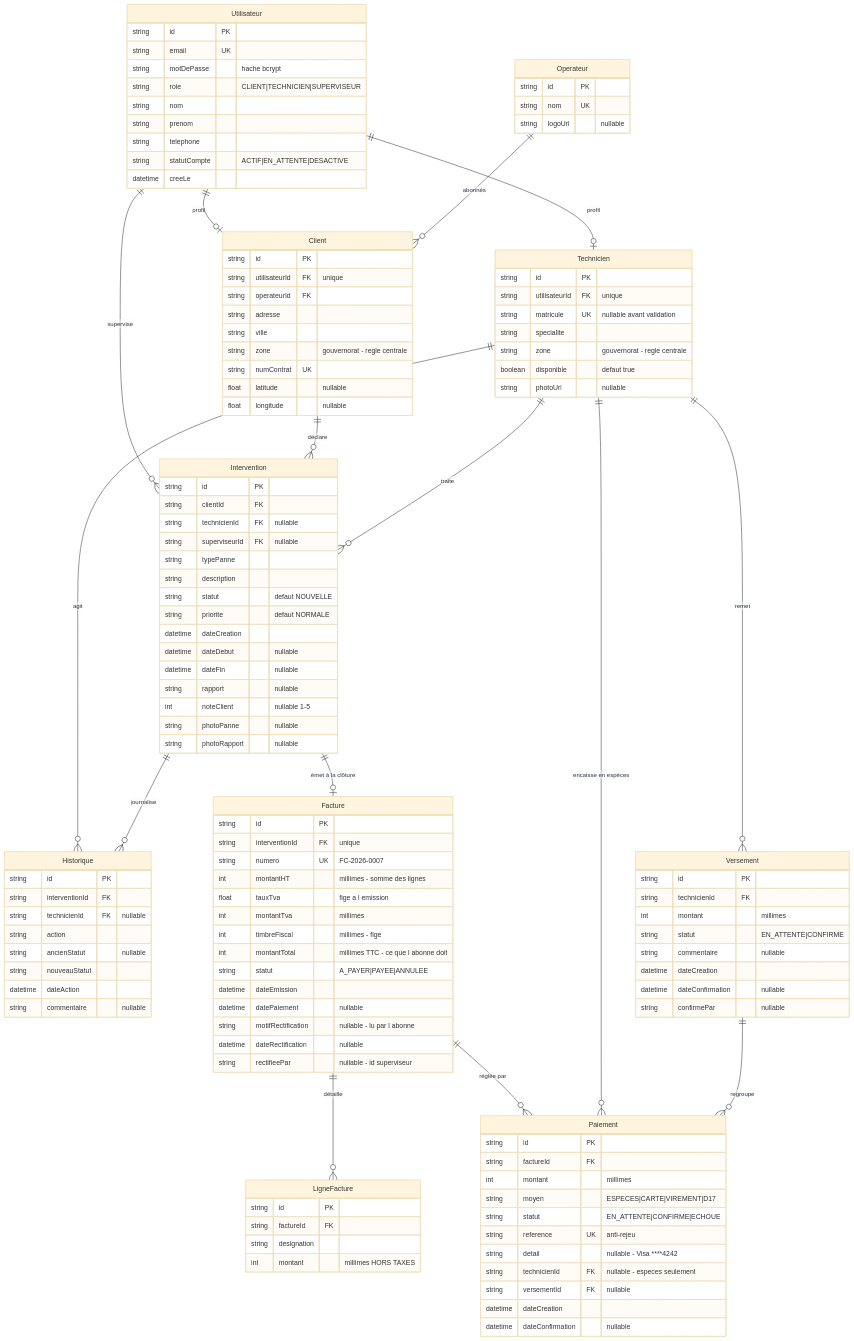
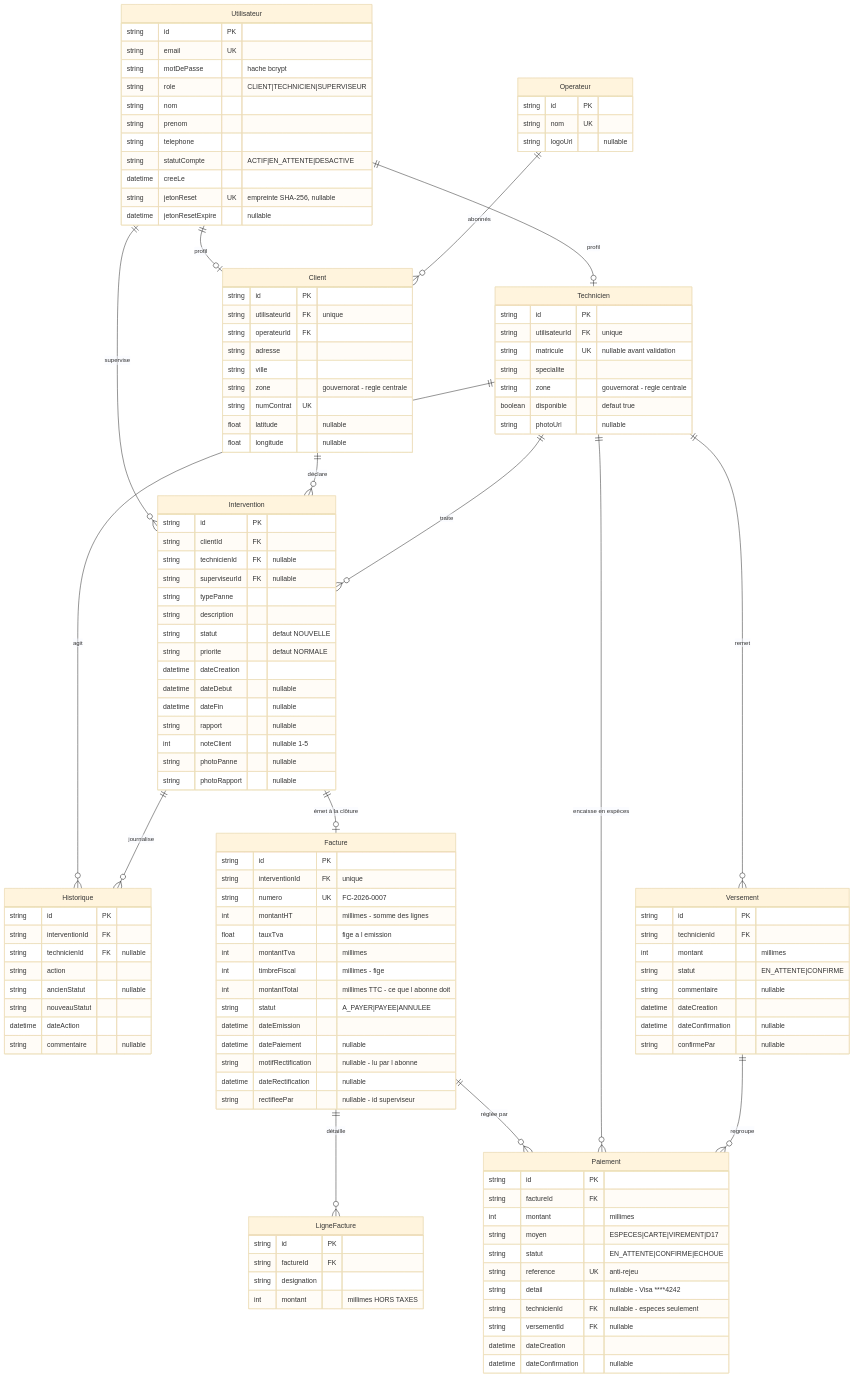
Before and after one commit to amer-oun/fibreconnect: the diagram in README.md, drawn with Mermaid (base theme). The commit also changed other lines of this file and 14 other files, not shown here.

```diff
--- a/README.md
+++ b/README.md
@@ -139,6 +141,8 @@
         string   telephone
         string   statutCompte "ACTIF|EN_ATTENTE|DESACTIVE"
         datetime creeLe
+        string   jetonReset UK "empreinte SHA-256, nullable"
+        datetime jetonResetExpire "nullable"
     }
 
     Operateur {
```
